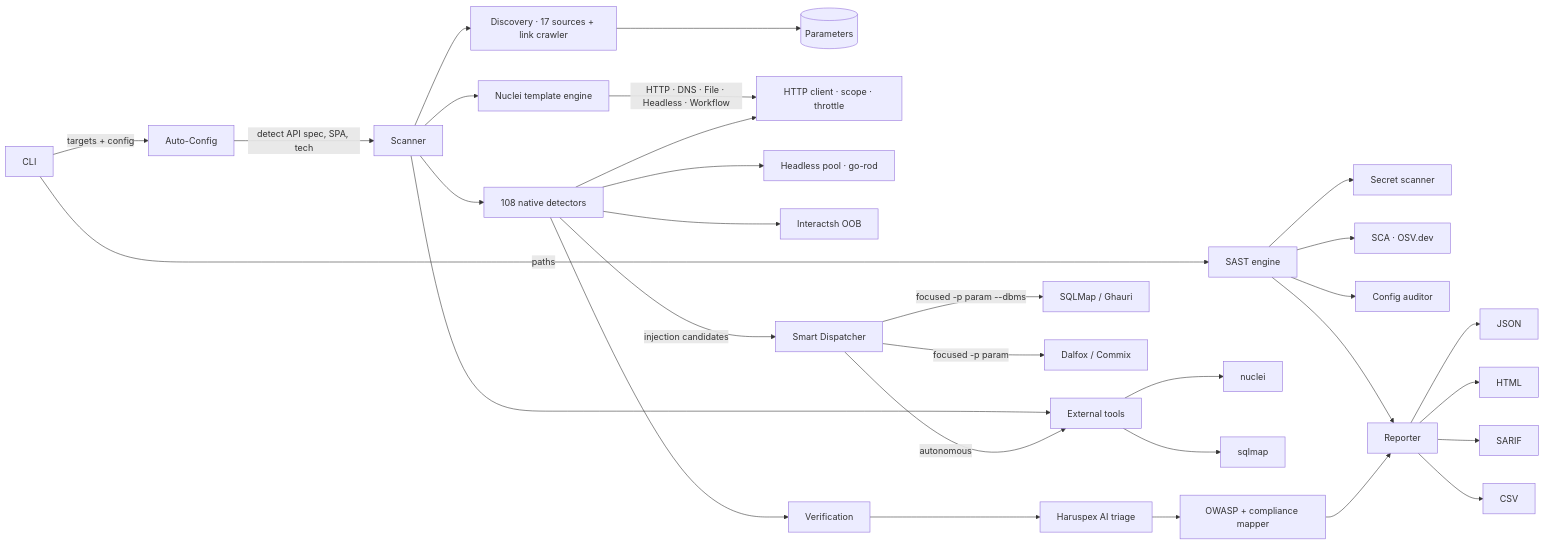
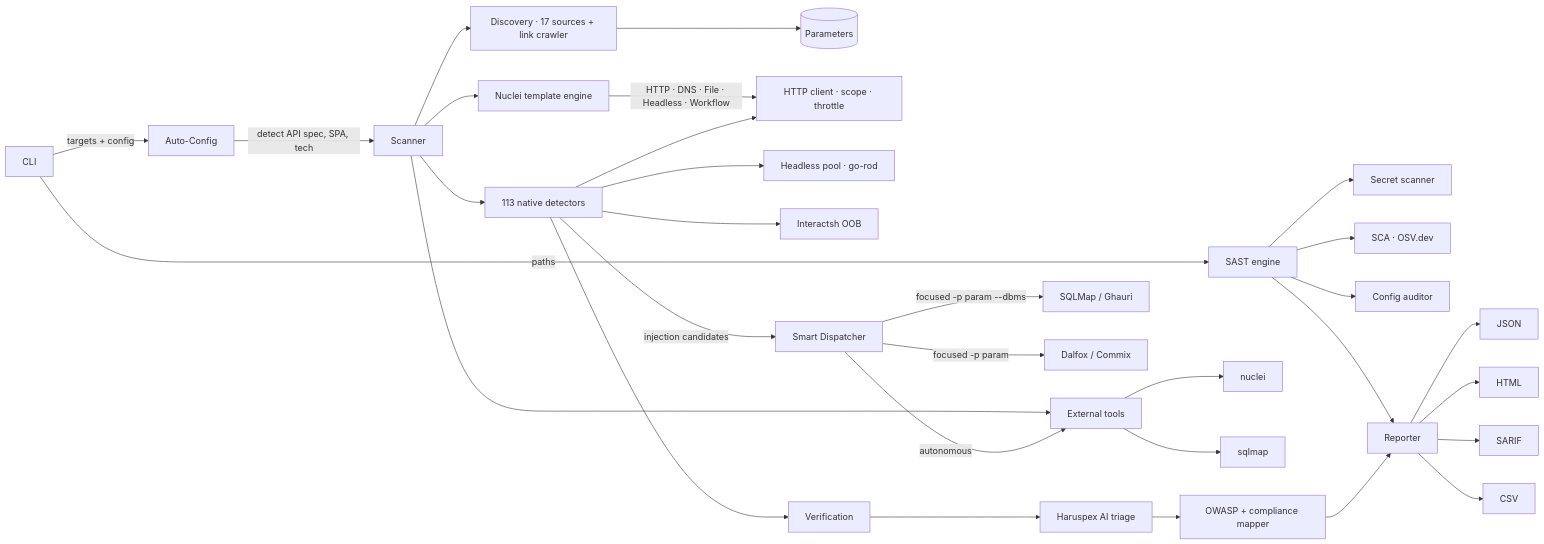
The diagram in README.md (TyrusRC/assay), drawn with Mermaid before and after one commit. The commit also changed other lines of this file, not shown here.

Commit message:
Update README: 113 native detectors (was 108)

````diff
--- a/README.md
+++ b/README.md
@@ -692,30 +692,30 @@
 ```mermaid
 flowchart LR
     CLI -->|targets + config| AutoConfig[Auto-Config]
     AutoConfig -->|detect API spec, SPA, tech| Scanner
     CLI -->|paths| SAST[SAST engine]
     Scanner --> Discovery[Discovery · 17 sources + link crawler]
     Discovery --> Params[(Parameters)]
-    Scanner --> Detection[108 native detectors]
+    Scanner --> Detection[113 native detectors]
     Detection --> HTTP[HTTP client · scope · throttle]
     Detection --> Headless[Headless pool · go-rod]
     Detection --> OOB[Interactsh OOB]
     Detection -->|injection candidates| Dispatcher[Smart Dispatcher]
     Scanner --> Templates[Nuclei template engine]
     Dispatcher -->|autonomous| Tools[SQLMap · Dalfox · Nikto · Nuclei]
     Dispatcher -->|focused -p param --dbms| SQLMap[SQLMap / Ghauri]
     Dispatcher -->|focused -p param| Dalfox[Dalfox / Commix]
     Templates -->|HTTP · DNS · File · Headless · Workflow| HTTP
     Scanner --> Tools[External tools]
     Tools --> NucleiBin[nuclei]
     Tools --> SQLMapBin[sqlmap]
     Detection --> Verify[Verification]
     Verify --> Haruspex[Haruspex AI triage]
     Haruspex --> OWASP[OWASP + compliance mapper]
     SAST --> Secrets[Secret scanner]
     SAST --> SCA[SCA · OSV.dev]
     SAST --> Config[Config auditor]
     OWASP --> Reporter
     SAST --> Reporter
     Reporter --> JSON & HTML & SARIF & CSV
 ```
````
